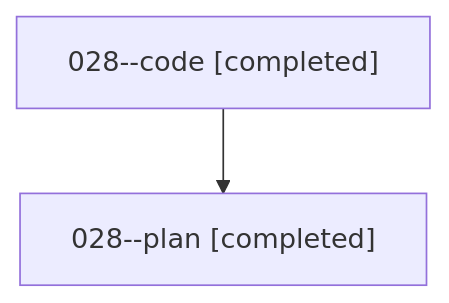
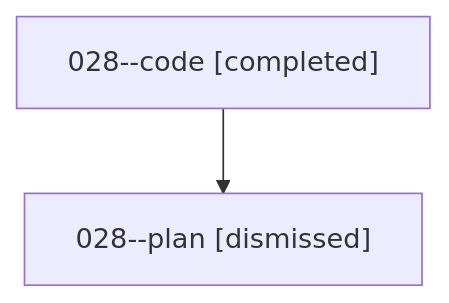
Before and after one commit to bobs-org/bob-cli--agents: the diagram in families/bbugyi200.athena.028.md, drawn with Mermaid. The commit also changed other lines of this file and 265 other files, not shown here.

````diff
--- a/families/bbugyi200.athena.028.md
+++ b/families/bbugyi200.athena.028.md
@@ -9,6 +9,6 @@
 ```mermaid
 flowchart TD
   n0["028--code [completed]"]
-  n1["028--plan [completed]"]
+  n1["028--plan [dismissed]"]
   n0 --> n1
 ```
````
